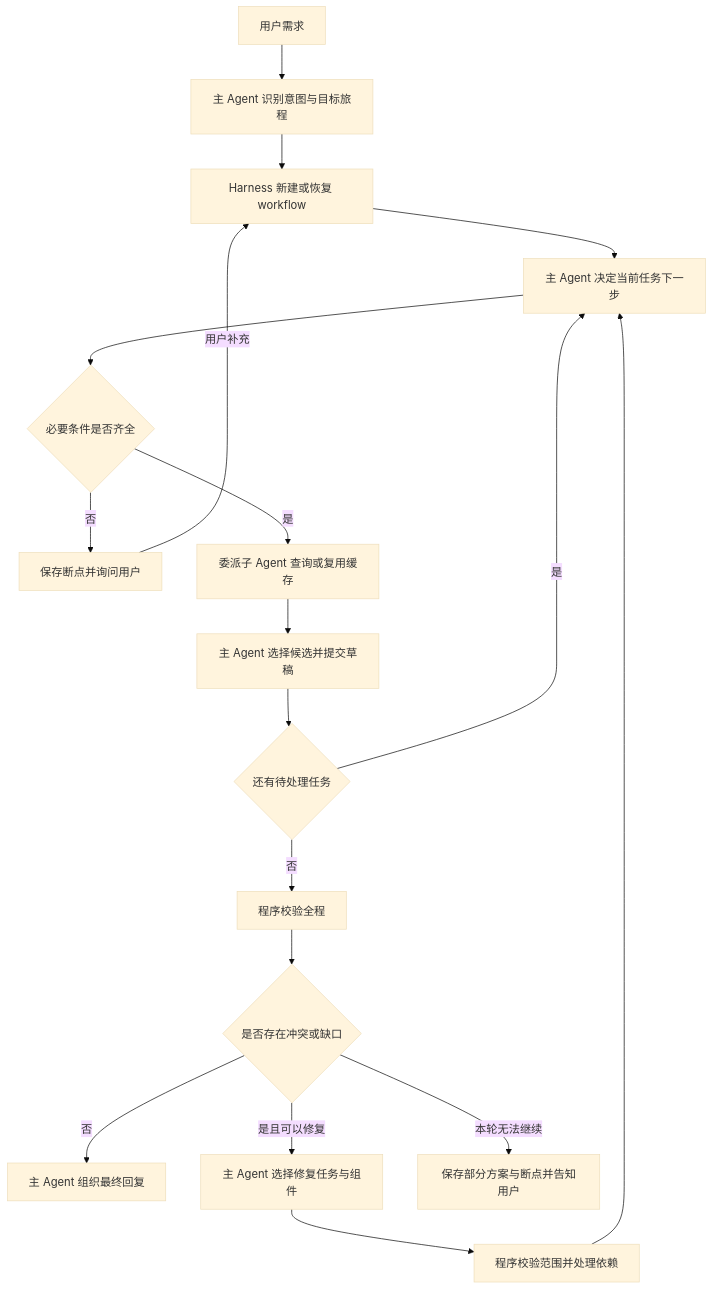
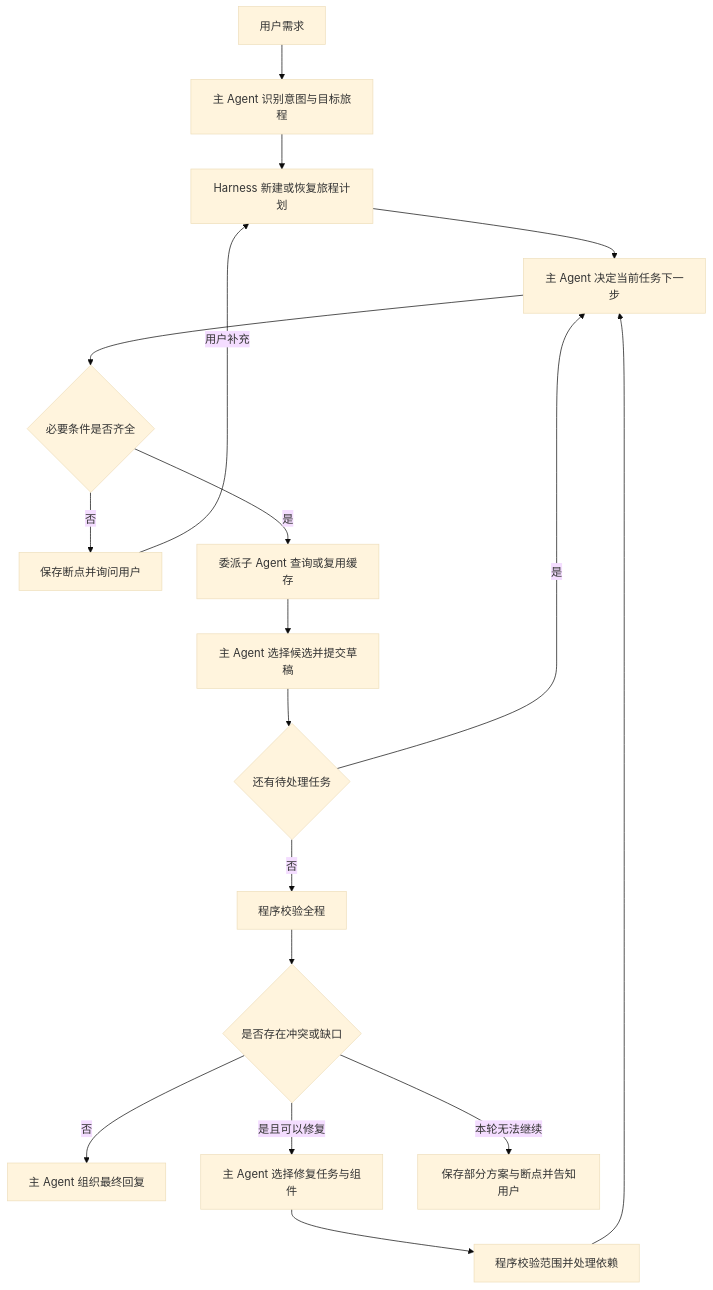
The second of 3 diagrams in README.md (yzy703050-oss/trip-evidence-agent), drawn with Mermaid (base theme) before and after one commit. The commit also changed other lines of this file, not shown here.

Commit message:
docs: distinguish trip plans from workflow execution

````diff
--- a/README.md
+++ b/README.md
@@ -51,20 +51,20 @@
 ```mermaid
 flowchart TD
     U[用户需求] --> M[主 Agent 识别意图与目标旅程]
-    M --> W[Harness 新建或恢复 workflow]
+    M --> W[Harness 新建或恢复旅程计划]
     W --> D[主 Agent 决定当前任务下一步]
     D --> C{必要条件是否齐全}
     C -->|否| Q[保存断点并询问用户]
     Q -->|用户补充| W
     C -->|是| I[委派子 Agent 查询或复用缓存]
     I --> P[主 Agent 选择候选并提交草稿]
     P --> N{还有待处理任务}
     N -->|是| D
     N -->|否| V[程序校验全程]
     V --> R{是否存在冲突或缺口}
     R -->|否| F[主 Agent 组织最终回复]
     R -->|是且可以修复| S[主 Agent 选择修复任务与组件]
     S --> H[程序校验范围并处理依赖]
     H --> D
     R -->|本轮无法继续| E[保存部分方案与断点并告知用户]
 ```
````
